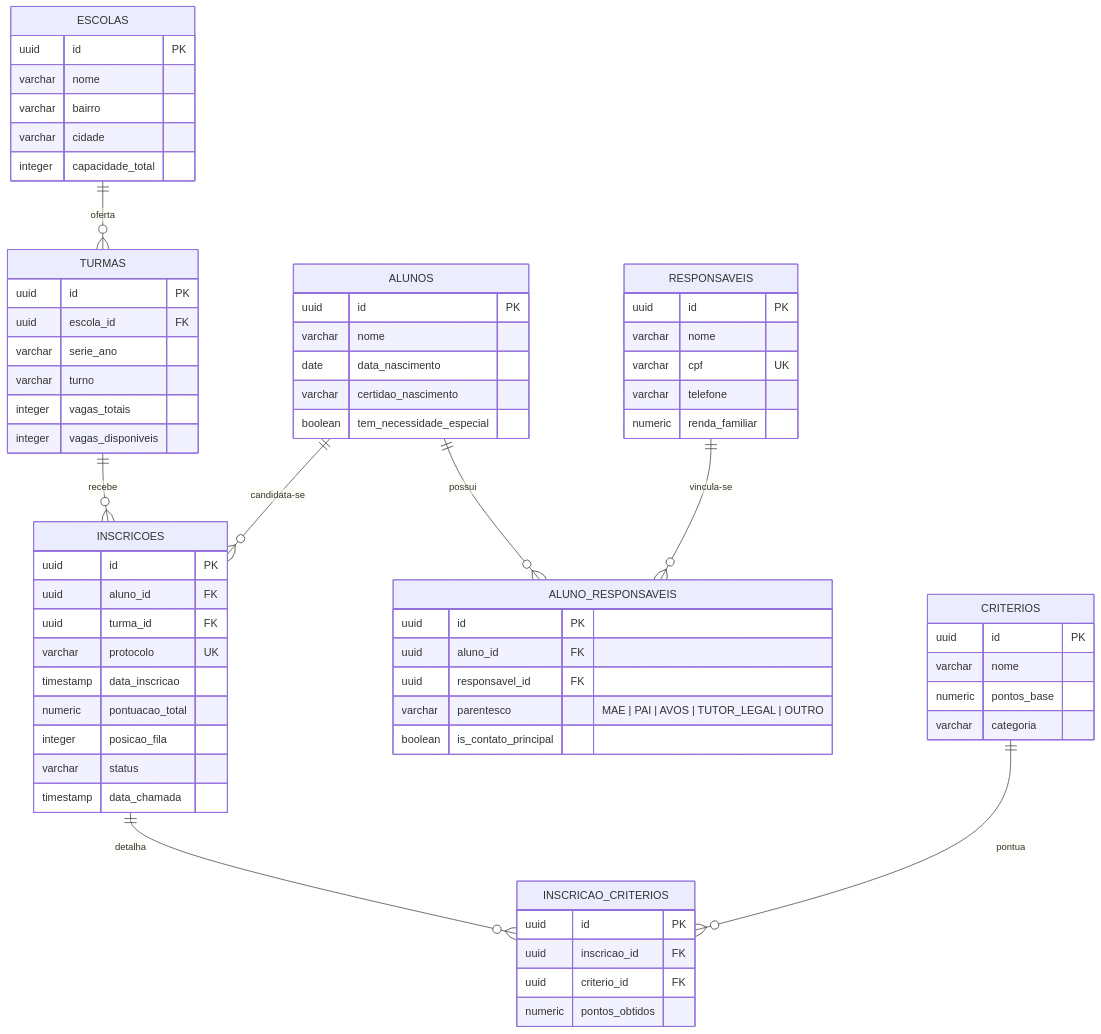
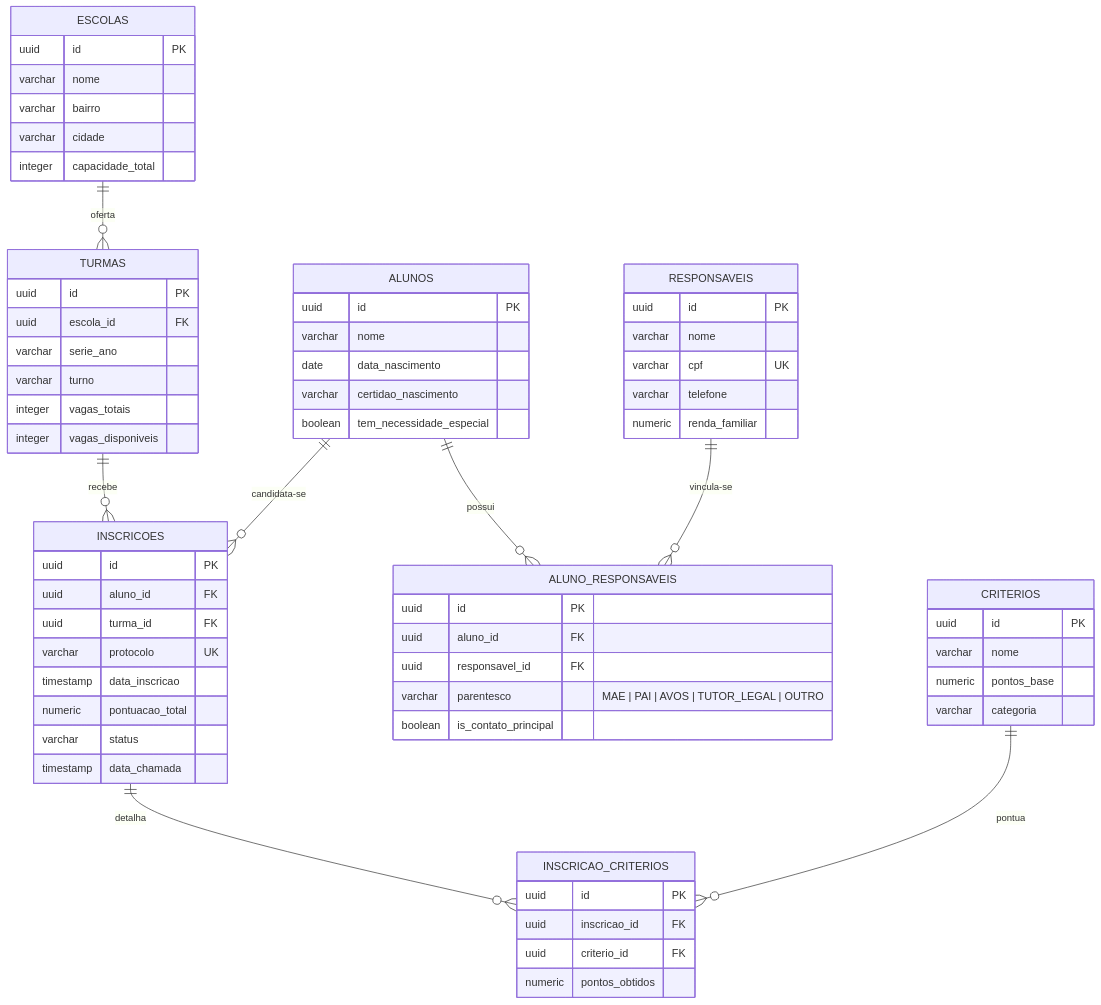
The diagram in README.md (Sistema-Integrado-de-Vagas-Escolares/backend), drawn with Mermaid before and after one commit. The commit also changed 7 other files, not shown here.

Commit message:
feat(inscricao): remove posicao fixa da fila

````diff
--- a/README.md
+++ b/README.md
@@ -127,77 +127,76 @@
 ```mermaid
 erDiagram
     ESCOLAS ||--o{ TURMAS : "oferta"
     ALUNOS ||--o{ ALUNO_RESPONSAVEIS : "possui"
     RESPONSAVEIS ||--o{ ALUNO_RESPONSAVEIS : "vincula-se"
     ALUNOS ||--o{ INSCRICOES : "candidata-se"
     TURMAS ||--o{ INSCRICOES : "recebe"
     INSCRICOES ||--o{ INSCRICAO_CRITERIOS : "detalha"
     CRITERIOS ||--o{ INSCRICAO_CRITERIOS : "pontua"
 
     ESCOLAS {
         uuid id PK
         varchar nome
         varchar bairro
         varchar cidade
         integer capacidade_total
     }
 
     TURMAS {
         uuid id PK
         uuid escola_id FK
         varchar serie_ano
         varchar turno
         integer vagas_totais
         integer vagas_disponiveis
     }
 
     RESPONSAVEIS {
         uuid id PK
         varchar nome
         varchar cpf UK
         varchar telefone
         numeric renda_familiar
     }
 
     ALUNOS {
         uuid id PK
         varchar nome
         date data_nascimento
         varchar certidao_nascimento
         boolean tem_necessidade_especial
     }
 
     ALUNO_RESPONSAVEIS {
         uuid id PK
         uuid aluno_id FK
         uuid responsavel_id FK
         varchar parentesco "MAE | PAI | AVOS | TUTOR_LEGAL | OUTRO"
         boolean is_contato_principal
     }
 
     INSCRICOES {
         uuid id PK
         uuid aluno_id FK
         uuid turma_id FK
         varchar protocolo UK
         timestamp data_inscricao
         numeric pontuacao_total
-        integer posicao_fila
         varchar status
         timestamp data_chamada
     }
 
     CRITERIOS {
         uuid id PK
         varchar nome
         numeric pontos_base
         varchar categoria
     }
 
     INSCRICAO_CRITERIOS {
         uuid id PK
         uuid inscricao_id FK
         uuid criterio_id FK
         numeric pontos_obtidos
     }
 ```
````
